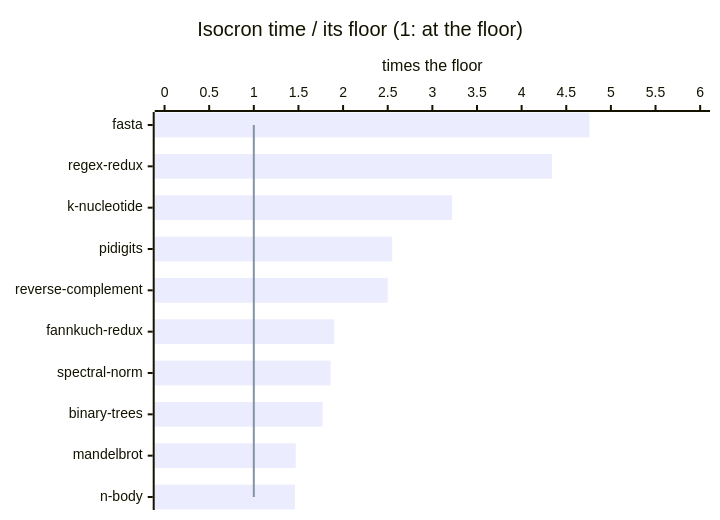
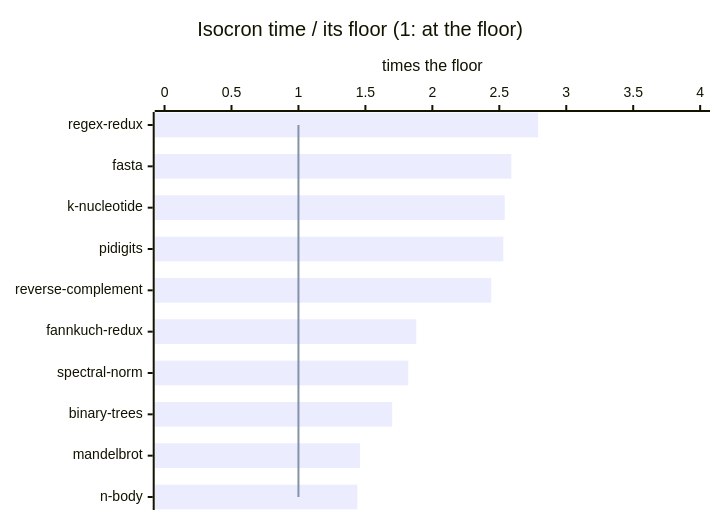
The diagram in results/floors.md (jbillard/isocron), drawn with Mermaid before and after one commit. The commit also changed other lines of this file and 12 other files, not shown here.

````diff
--- a/results/floors.md
+++ b/results/floors.md
@@ -36,8 +36,8 @@
 ```mermaid
 xychart-beta horizontal
     title "Isocron time / its floor (1: at the floor)"
-    x-axis ["fasta", "regex-redux", "k-nucleotide", "pidigits", "reverse-complement", "fannkuch-redux", "spectral-norm", "binary-trees", "mandelbrot", "n-body"]
-    y-axis "times the floor" 0 --> 6
-    bar [4.76, 4.34, 3.22, 2.55, 2.50, 1.90, 1.86, 1.77, 1.47, 1.46]
+    x-axis ["regex-redux", "fasta", "k-nucleotide", "pidigits", "reverse-complement", "fannkuch-redux", "spectral-norm", "binary-trees", "mandelbrot", "n-body"]
+    y-axis "times the floor" 0 --> 4
+    bar [2.79, 2.59, 2.54, 2.53, 2.44, 1.88, 1.82, 1.70, 1.46, 1.44]
     line [1.00, 1.00, 1.00, 1.00, 1.00, 1.00, 1.00, 1.00, 1.00, 1.00]
 ```
````
